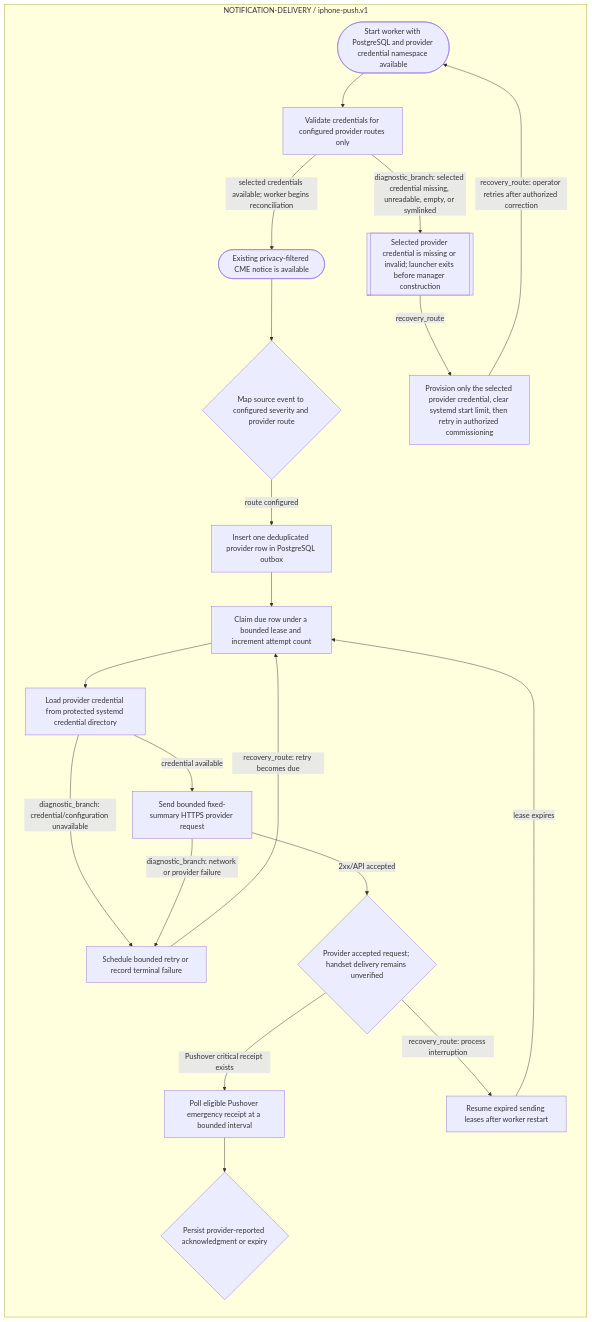
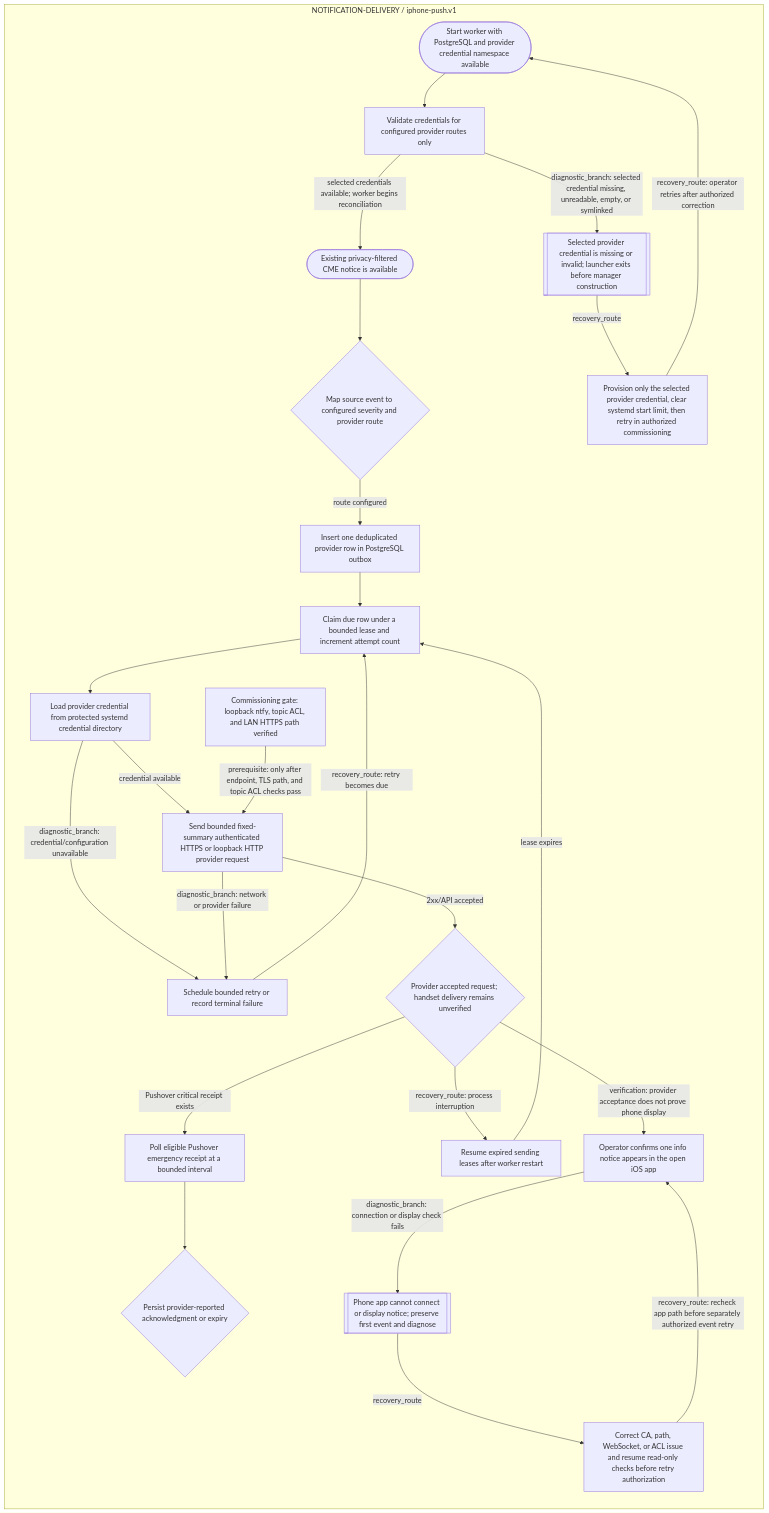
Before and after one commit to ppow1/Riverview-: the diagram in docs/components/NOTIFICATION_IPHONE_DELIVERY_FLOW.md, drawn with Mermaid. The commit also changed other lines of this file and 18 other files, not shown here.

Commit message:
docs: prepare LAN ntfy iPhone commissioning

````diff
--- a/docs/components/NOTIFICATION_IPHONE_DELIVERY_FLOW.md
+++ b/docs/components/NOTIFICATION_IPHONE_DELIVERY_FLOW.md
@@ -18,39 +18,48 @@
 ```mermaid
 flowchart LR
   subgraph g_rv_notification_delivery_iphone_push["NOTIFICATION-DELIVERY / iphone-push.v1"]
     g_rv_notification_delivery_iphone_push_attention_source_adb77d27(["Existing privacy-filtered CME notice is available"])
     g_rv_notification_delivery_iphone_push_severity_route_6c2f49c9{"Map source event to configured severity and provider route"}
     g_rv_notification_delivery_iphone_push_durable_outbox_1925b92d["Insert one deduplicated provider row in PostgreSQL outbox"]
     g_rv_notification_delivery_iphone_push_lease_claim_55ef6166["Claim due row under a bounded lease and increment attempt count"]
     g_rv_notification_delivery_iphone_push_secret_load_53b23ff9["Load provider credential from protected systemd credential directory"]
-    g_rv_notification_delivery_iphone_push_provider_send_a734e941["Send bounded fixed-summary HTTPS provider request"]
+    g_rv_notification_delivery_iphone_push_provider_send_a734e941["Send bounded fixed-summary authenticated HTTPS or loopback HTTP provider request"]
     g_rv_notification_delivery_iphone_push_accepted_state_3e20fd81{"Provider accepted request; handset delivery remains unverified"}
     g_rv_notification_delivery_iphone_push_bounded_retry_95c8a30f["Schedule bounded retry or record terminal failure"]
     g_rv_notification_delivery_iphone_push_pushover_receipt_553c4667["Poll eligible Pushover emergency receipt at a bounded interval"]
     g_rv_notification_delivery_iphone_push_ack_expire_83898705{"Persist provider-reported acknowledgment or expiry"}
     g_rv_notification_delivery_iphone_push_worker_restart_2f8ef297["Resume expired sending leases after worker restart"]
     g_rv_notification_delivery_iphone_push_service_start_5b68bfaa(["Start worker with PostgreSQL and provider credential namespace available"])
     g_rv_notification_delivery_iphone_push_credential_preflight_1c68cfda["Validate credentials for configured provider routes only"]
     g_rv_notification_delivery_iphone_push_startup_blocked_e0a84c62[["Selected provider credential is missing or invalid; launcher exits before manager construction"]]
     g_rv_notification_delivery_iphone_push_credential_repaired_e350166f["Provision only the selected provider credential, clear systemd start limit, then retry in authorized commissioning"]
+    g_rv_notification_delivery_iphone_push_ntfy_endpoint_gate_a272d370["Commissioning gate: loopback ntfy, topic ACL, and LAN HTTPS path verified"]
+    g_rv_notification_delivery_iphone_push_iphone_foreground_acceptance_bbedefb8["Operator confirms one info notice appears in the open iOS app"]
+    g_rv_notification_delivery_iphone_push_iphone_acceptance_blocked_946f678a[["Phone app cannot connect or display notice; preserve first event and diagnose"]]
+    g_rv_notification_delivery_iphone_push_iphone_path_recovered_1dc56c8d["Correct CA, path, WebSocket, or ACL issue and resume read-only checks before retry authorization"]
   end
   g_rv_notification_delivery_iphone_push_attention_source_adb77d27 --> g_rv_notification_delivery_iphone_push_severity_route_6c2f49c9
   g_rv_notification_delivery_iphone_push_severity_route_6c2f49c9 -->|route configured| g_rv_notification_delivery_iphone_push_durable_outbox_1925b92d
   g_rv_notification_delivery_iphone_push_durable_outbox_1925b92d --> g_rv_notification_delivery_iphone_push_lease_claim_55ef6166
   g_rv_notification_delivery_iphone_push_lease_claim_55ef6166 --> g_rv_notification_delivery_iphone_push_secret_load_53b23ff9
   g_rv_notification_delivery_iphone_push_secret_load_53b23ff9 -->|credential available| g_rv_notification_delivery_iphone_push_provider_send_a734e941
   g_rv_notification_delivery_iphone_push_secret_load_53b23ff9 -->|diagnostic_branch: credential/configuration unavailable| g_rv_notification_delivery_iphone_push_bounded_retry_95c8a30f
   g_rv_notification_delivery_iphone_push_provider_send_a734e941 -->|2xx/API accepted| g_rv_notification_delivery_iphone_push_accepted_state_3e20fd81
   g_rv_notification_delivery_iphone_push_provider_send_a734e941 -->|diagnostic_branch: network or provider failure| g_rv_notification_delivery_iphone_push_bounded_retry_95c8a30f
   g_rv_notification_delivery_iphone_push_bounded_retry_95c8a30f -->|recovery_route: retry becomes due| g_rv_notification_delivery_iphone_push_lease_claim_55ef6166
   g_rv_notification_delivery_iphone_push_accepted_state_3e20fd81 -->|Pushover critical receipt exists| g_rv_notification_delivery_iphone_push_pushover_receipt_553c4667
   g_rv_notification_delivery_iphone_push_pushover_receipt_553c4667 --> g_rv_notification_delivery_iphone_push_ack_expire_83898705
   g_rv_notification_delivery_iphone_push_accepted_state_3e20fd81 -->|recovery_route: process interruption| g_rv_notification_delivery_iphone_push_worker_restart_2f8ef297
   g_rv_notification_delivery_iphone_push_worker_restart_2f8ef297 -->|lease expires| g_rv_notification_delivery_iphone_push_lease_claim_55ef6166
   g_rv_notification_delivery_iphone_push_service_start_5b68bfaa --> g_rv_notification_delivery_iphone_push_credential_preflight_1c68cfda
   g_rv_notification_delivery_iphone_push_credential_preflight_1c68cfda -->|selected credentials available; worker begins reconciliation| g_rv_notification_delivery_iphone_push_attention_source_adb77d27
   g_rv_notification_delivery_iphone_push_credential_preflight_1c68cfda -->|diagnostic_branch: selected credential missing, unreadable, empty, or symlinked| g_rv_notification_delivery_iphone_push_startup_blocked_e0a84c62
   g_rv_notification_delivery_iphone_push_startup_blocked_e0a84c62 -->|recovery_route| g_rv_notification_delivery_iphone_push_credential_repaired_e350166f
   g_rv_notification_delivery_iphone_push_credential_repaired_e350166f -->|recovery_route: operator retries after authorized correction| g_rv_notification_delivery_iphone_push_service_start_5b68bfaa
+  g_rv_notification_delivery_iphone_push_ntfy_endpoint_gate_a272d370 -->|prerequisite: only after endpoint, TLS path, and topic ACL checks pass| g_rv_notification_delivery_iphone_push_provider_send_a734e941
+  g_rv_notification_delivery_iphone_push_accepted_state_3e20fd81 -->|verification: provider acceptance does not prove phone display| g_rv_notification_delivery_iphone_push_iphone_foreground_acceptance_bbedefb8
+  g_rv_notification_delivery_iphone_push_iphone_foreground_acceptance_bbedefb8 -->|diagnostic_branch: connection or display check fails| g_rv_notification_delivery_iphone_push_iphone_acceptance_blocked_946f678a
+  g_rv_notification_delivery_iphone_push_iphone_acceptance_blocked_946f678a -->|recovery_route| g_rv_notification_delivery_iphone_push_iphone_path_recovered_1dc56c8d
+  g_rv_notification_delivery_iphone_push_iphone_path_recovered_1dc56c8d -->|recovery_route: recheck app path before separately authorized event retry| g_rv_notification_delivery_iphone_push_iphone_foreground_acceptance_bbedefb8
   classDef failure fill:#fee,stroke:#b00,stroke-width:2px
 ```
````
